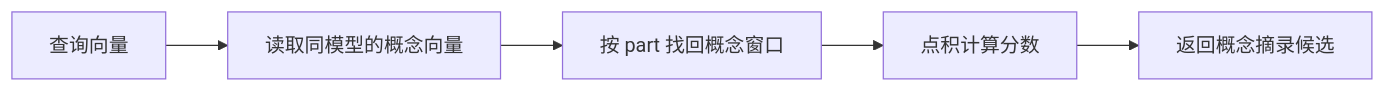
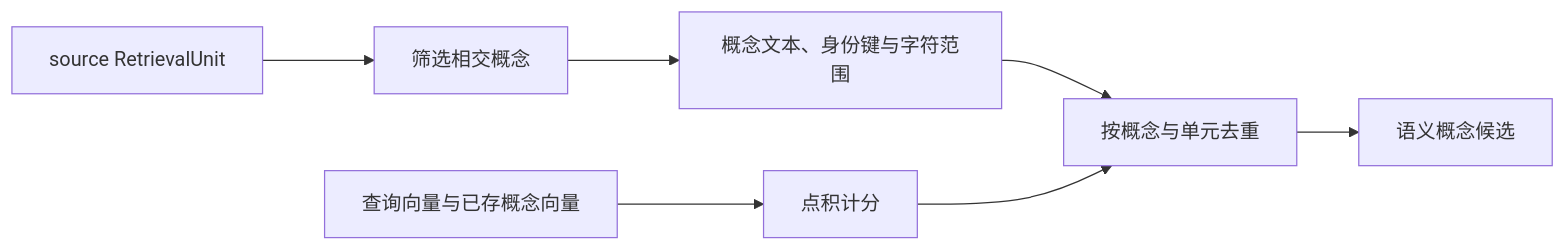
One commit to lejunyang/omem changed the diagram in .repo-review/knowledge/articles/0e0500c086e739070b0e7dde50e8684ec45cc7ce33f49e217939949a88504131.md. Above: the diagram before and after it, drawn with Mermaid. The commit also changed other lines of this file and 3 other files, not shown here.

````diff
--- a/.repo-review/knowledge/articles/0e0500c086e739070b0e7dde50e8684ec45cc7ce33f49e217939949a88504131.md
+++ b/.repo-review/knowledge/articles/0e0500c086e739070b0e7dde50e8684ec45cc7ce33f49e217939949a88504131.md
@@ -19,7 +19,9 @@
 ```mermaid
 flowchart LR
-  A[查询向量] --> B[读取同模型的概念向量]
-  B --> C[按 part 找回概念窗口]
-  C --> D[点积计算分数]
-  D --> E[返回概念摘录候选]
+  A[source RetrievalUnit] --> B[筛选相交概念]
+  B --> C[概念文本、身份键与字符范围]
+  D[查询向量与已存概念向量] --> E[点积计分]
+  C --> F[按概念与单元去重]
+  E --> F
+  F --> G[语义概念候选]
 ```
````
